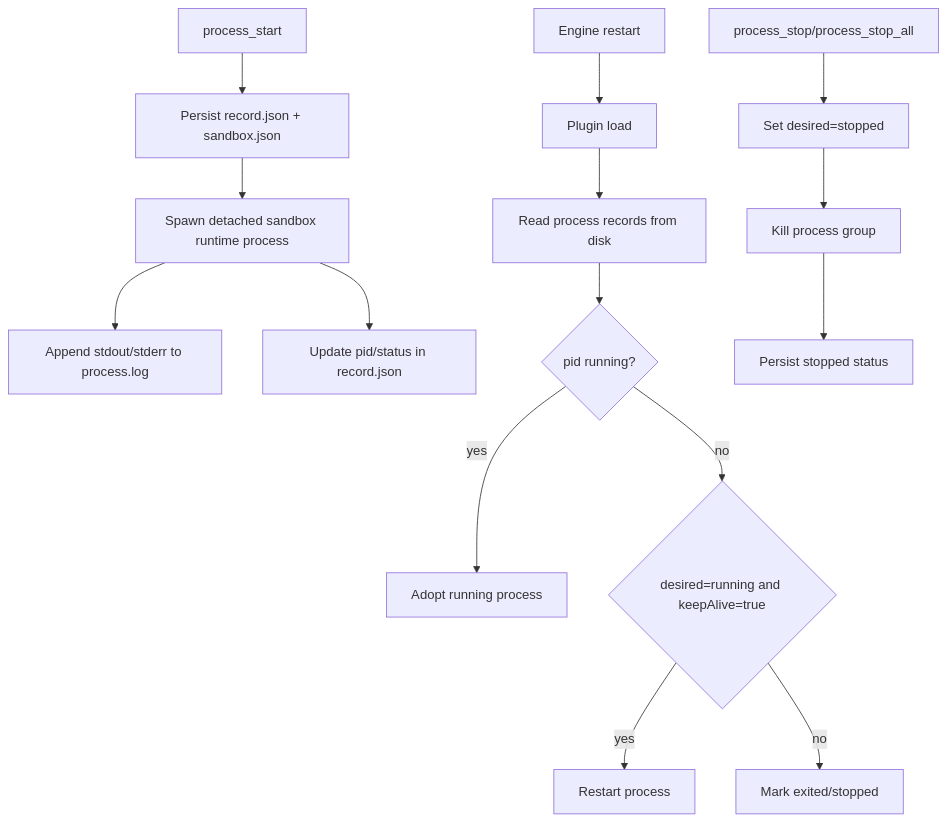
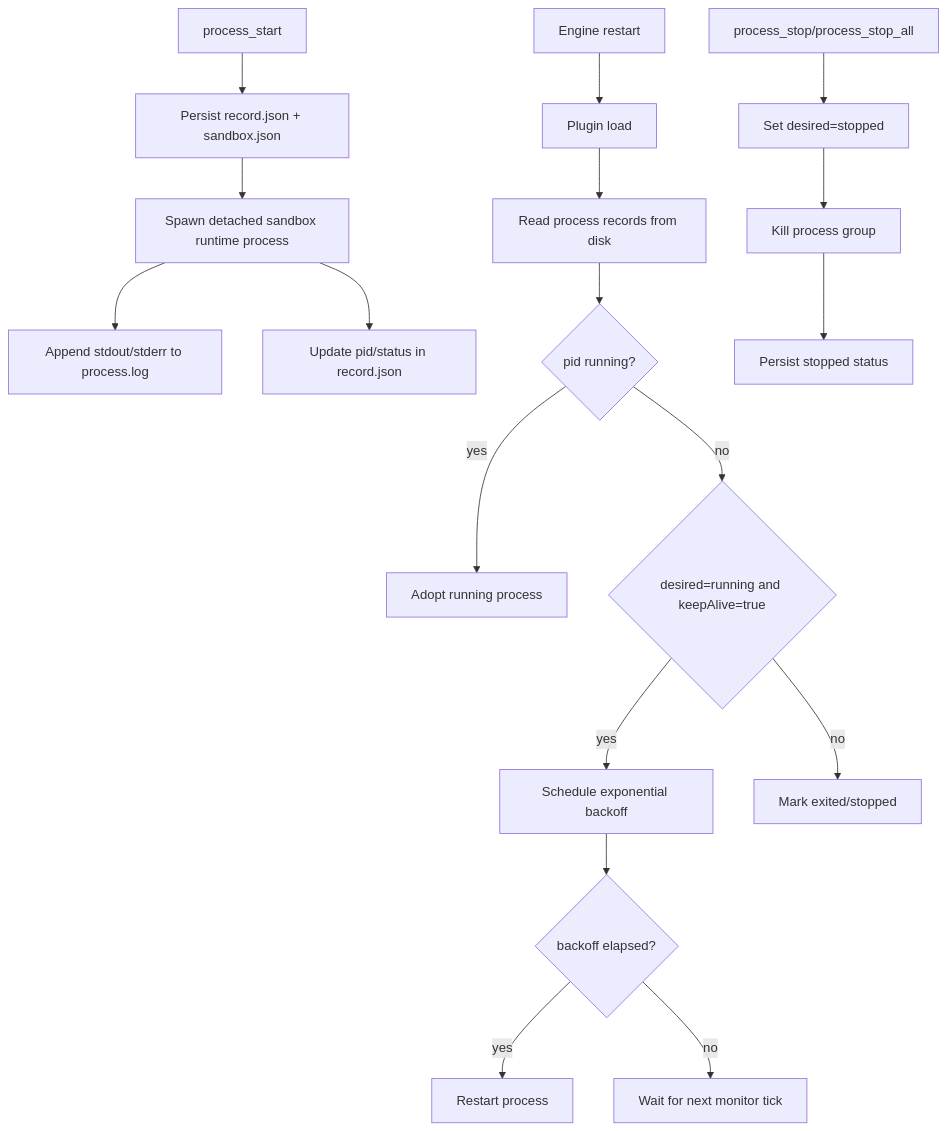
Before and after one commit to ex3ndr/claybot: the diagram in docs/durable-process-manager.md, drawn with Mermaid. The commit also changed other lines of this file and 3 other files, not shown here.

Commit message:
fix(shell): add exponential keepalive restart backoff

````diff
--- a/docs/durable-process-manager.md
+++ b/docs/durable-process-manager.md
@@ -30,17 +31,20 @@
 ```mermaid
 flowchart TD
   A[process_start] --> B[Persist record.json + sandbox.json]
   B --> C[Spawn detached sandbox runtime process]
   C --> D[Append stdout/stderr to process.log]
   C --> E[Update pid/status in record.json]
   F[Engine restart] --> G[Plugin load]
   G --> H[Read process records from disk]
   H --> I{pid running?}
   I -- yes --> J[Adopt running process]
   I -- no --> K{desired=running and keepAlive=true}
-  K -- yes --> L[Restart process]
-  K -- no --> M[Mark exited/stopped]
-  N[process_stop/process_stop_all] --> O[Set desired=stopped]
-  O --> P[Kill process group]
-  P --> Q[Persist stopped status]
+  K -- yes --> L[Schedule exponential backoff]
+  L --> M{backoff elapsed?}
+  M -- yes --> N[Restart process]
+  M -- no --> O[Wait for next monitor tick]
+  K -- no --> P[Mark exited/stopped]
+  S[process_stop/process_stop_all] --> T[Set desired=stopped]
+  T --> U[Kill process group]
+  U --> V[Persist stopped status]
 ```
````
